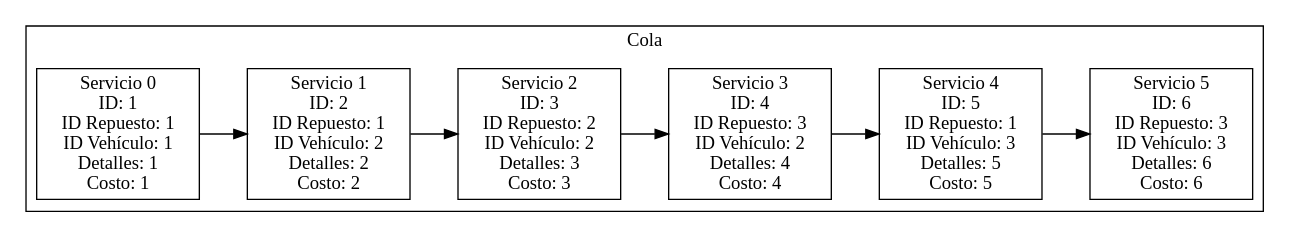
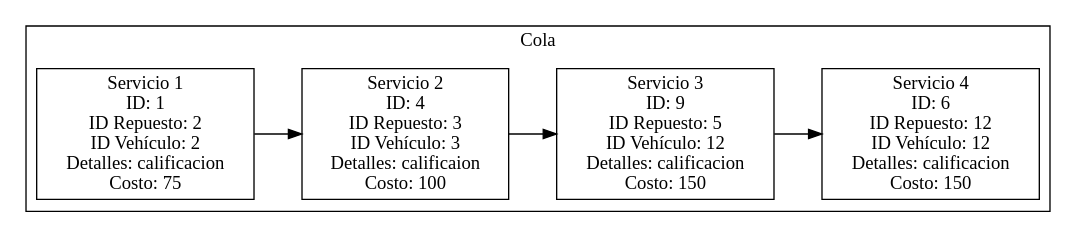
One commit to Farot30/-EDD-1S2025_202307820 changed the diagram in Fase#1/Graficas/Cola.dot. Above: the diagram before and after it, drawn with Graphviz. The commit also changed 79 other files, not shown here.

```diff
--- a/Fase#1/Graficas/Cola.dot
+++ b/Fase#1/Graficas/Cola.dot
@@ -1,18 +1,14 @@
 digraph G {
 rankdir=LR;
 node [shape=record];
 subgraph cluster_Cola {
 label = "Cola";
-"1" [label="Servicio 0\nID: 1\nID Repuesto: 1\nID Vehículo: 1\nDetalles: 1\nCosto: 1"];
-"1" -> "2";
-"2" [label="Servicio 1\nID: 2\nID Repuesto: 1\nID Vehículo: 2\nDetalles: 2\nCosto: 2"];
-"2" -> "3";
-"3" [label="Servicio 2\nID: 3\nID Repuesto: 2\nID Vehículo: 2\nDetalles: 3\nCosto: 3"];
-"3" -> "4";
-"4" [label="Servicio 3\nID: 4\nID Repuesto: 3\nID Vehículo: 2\nDetalles: 4\nCosto: 4"];
-"4" -> "5";
-"5" [label="Servicio 4\nID: 5\nID Repuesto: 1\nID Vehículo: 3\nDetalles: 5\nCosto: 5"];
-"5" -> "6";
-"6" [label="Servicio 5\nID: 6\nID Repuesto: 3\nID Vehículo: 3\nDetalles: 6\nCosto: 6"];
+"1" [label="Servicio 1\nID: 1\nID Repuesto: 2\nID Vehículo: 2\nDetalles: calificacion\nCosto: 75"];
+"1" -> "4";
+"4" [label="Servicio 2\nID: 4\nID Repuesto: 3\nID Vehículo: 3\nDetalles: calificaion\nCosto: 100"];
+"4" -> "9";
+"9" [label="Servicio 3\nID: 9\nID Repuesto: 5\nID Vehículo: 12\nDetalles: calificacion\nCosto: 150"];
+"9" -> "6";
+"6" [label="Servicio 4\nID: 6\nID Repuesto: 12\nID Vehículo: 12\nDetalles: calificacion\nCosto: 150"];
 }
 }
```
